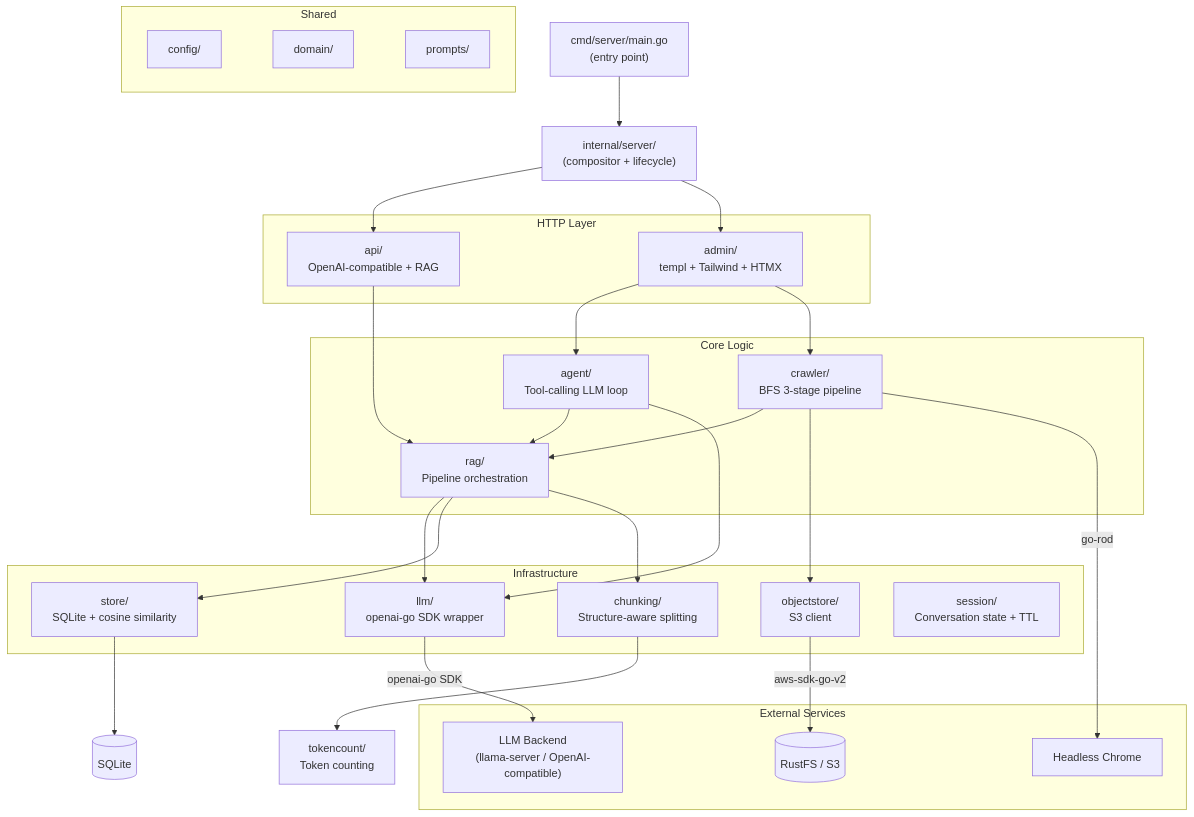
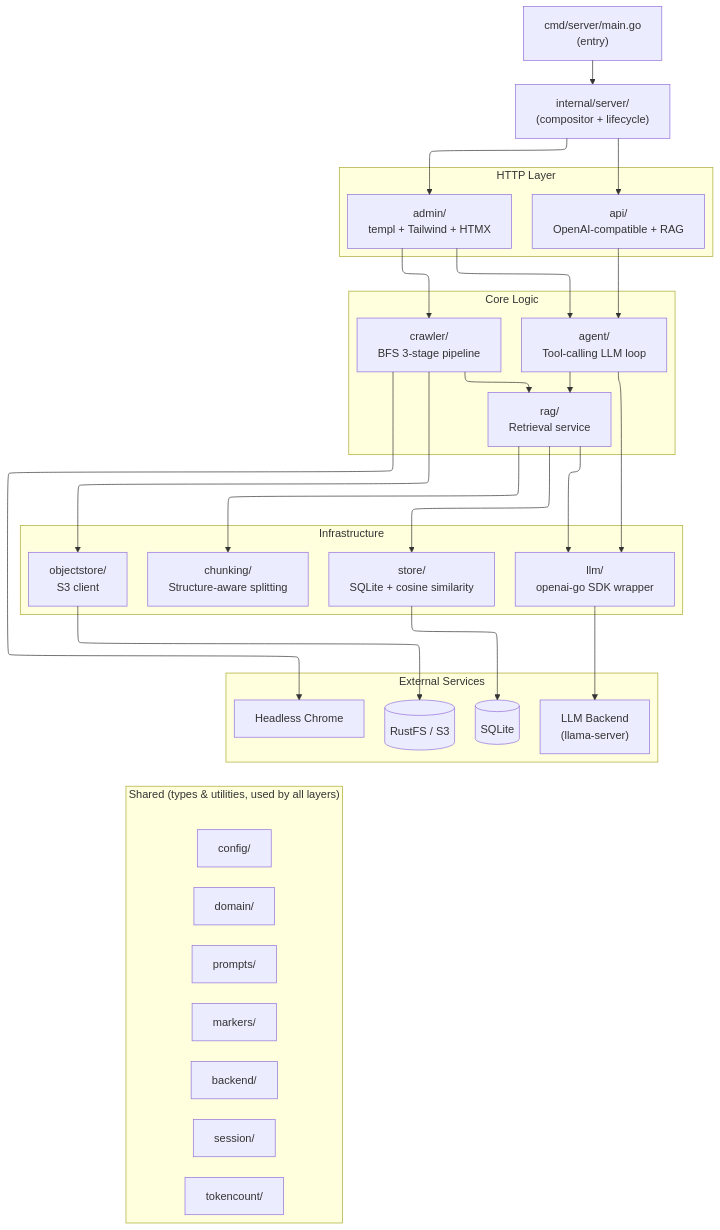
Before and after one commit to klnstprx/etsi-rag: the first of 8 diagrams in docs/diagrams.md, drawn with Mermaid. The commit also changed other lines of this file and 2 other files, not shown here.

````diff
--- a/docs/diagrams.md
+++ b/docs/diagrams.md
@@ -5,56 +5,57 @@
 ```mermaid
+%%{init: {'flowchart': {'defaultRenderer': 'elk'}}}%%
 graph TD
-    Main["cmd/server/main.go<br/>(entry point)"]
-    Server["internal/server/<br/>(compositor + lifecycle)"]
+    Main["cmd/server/main.go<br/>(entry)"] --> Server["internal/server/<br/>(compositor + lifecycle)"]
 
-    Main --> Server
-    Server --> API & Admin
+    Server --> API
+    Server --> Admin
 
     subgraph HTTP["HTTP Layer"]
         API["api/<br/>OpenAI-compatible + RAG"]
         Admin["admin/<br/>templ + Tailwind + HTMX"]
     end
 
-    API --> RAG
-    Admin --> Agent & Crawler
+    API --> Agent
+    Admin --> Agent
+    Admin --> Crawler
 
     subgraph Core["Core Logic"]
         Agent["agent/<br/>Tool-calling LLM loop"]
-        RAG["rag/<br/>Pipeline orchestration"]
+        RAG["rag/<br/>Retrieval service"]
         Crawler["crawler/<br/>BFS 3-stage pipeline"]
     end
 
     Agent --> RAG
     Crawler --> RAG
 
-    RAG --> LLMPkg & Store & Chunking
-    Agent --> LLMPkg
-    Crawler --> ObjStore
-
     subgraph Infra["Infrastructure"]
         LLMPkg["llm/<br/>openai-go SDK wrapper"]
         Store["store/<br/>SQLite + cosine similarity"]
         ObjStore["objectstore/<br/>S3 client"]
-        Session["session/<br/>Conversation state + TTL"]
         Chunking["chunking/<br/>Structure-aware splitting"]
     end
 
-    Chunking --> TokenCount["tokencount/<br/>Token counting"]
-
-    LLMPkg -->|"openai-go SDK"| LLM
-    Store --> SQLite
-    ObjStore -->|"aws-sdk-go-v2"| S3
-    Crawler -->|"go-rod"| Chrome
+    RAG --> Store
+    RAG --> Chunking
+    Agent --> LLMPkg
+    RAG --> LLMPkg
+    Crawler --> ObjStore
 
     subgraph External["External Services"]
-        LLM["LLM Backend<br/>(llama-server / OpenAI-compatible)"]
+        LLMBackend["LLM Backend<br/>(llama-server)"]
+        SQLite[("SQLite")]
         S3[("RustFS / S3")]
         Chrome["Headless Chrome"]
     end
 
-    SQLite[("SQLite")]
+    LLMPkg --> LLMBackend
+    Store --> SQLite
+    ObjStore --> S3
+    Crawler --> Chrome
 
-    subgraph Shared
-        Config["config/"] ~~~ Domain["domain/"] ~~~ Prompts["prompts/"]
+    subgraph Shared["Shared (types &amp; utilities, used by all layers)"]
+        Config["config/"] ~~~ Domain["domain/"] ~~~ Prompts["prompts/"] ~~~ Markers["markers/"] ~~~ Backend["backend/"] ~~~ Session["session/"] ~~~ TokenCount["tokencount/"]
     end
+
+    External ~~~ Shared
 ```
````
